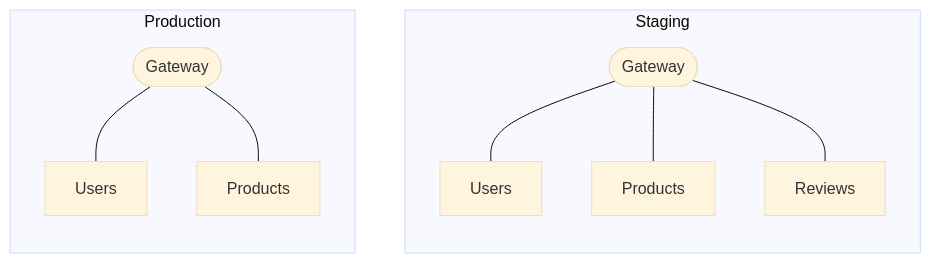
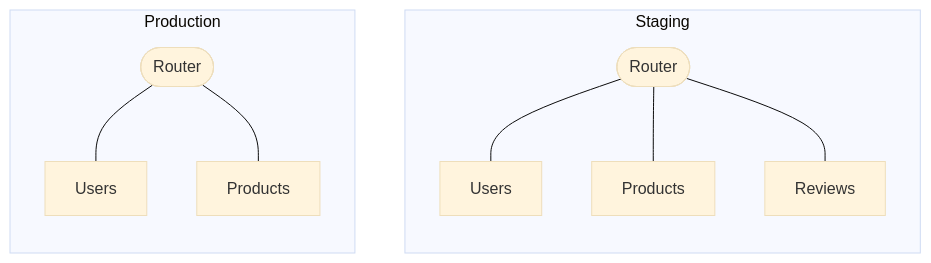
One commit to apollographql/docs changed the second of 2 diagrams in src/content/studio/federated-graphs.mdx. Above: the diagram before and after it, drawn with Mermaid (base theme). The commit also changed other lines of this file and 12 other files, not shown here.

````diff
--- a/src/content/studio/federated-graphs.mdx
+++ b/src/content/studio/federated-graphs.mdx
@@ -28,17 +26,17 @@
 ```mermaid
 graph BT;
   subgraph "Staging"
-  gateway2(["Gateway"]);
+  router2(["Router"]);
   users2[Users];
   products2[Products];
   reviews2[Reviews];
-  gateway2 --- users2 & products2 & reviews2;
+  router2 --- users2 & products2 & reviews2;
   end
 
   subgraph "Production"
-  gateway(["Gateway"]);
+  router(["Router"]);
   users[Users];
   products[Products];
-  gateway --- users & products;
+  router --- users & products;
   end
 ```
````
